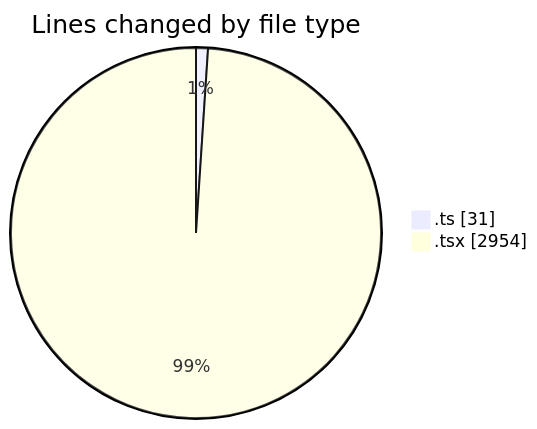
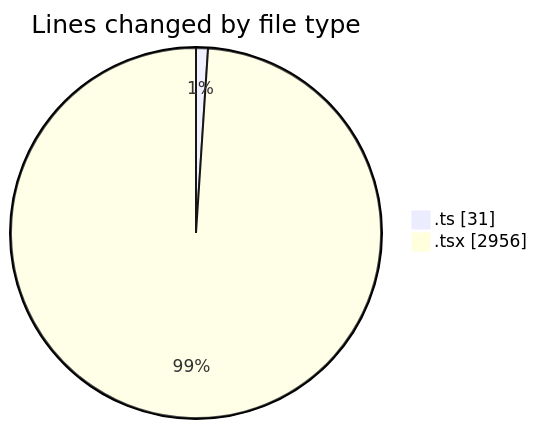
The first of 2 diagrams in 2026-04-24/nxtqube_webapp/README.md (nxtqubesakshisongat/code-tracking), drawn with Mermaid before and after one commit. The commit also changed other lines of this file and 1 other file, not shown here.

````diff
--- a/2026-04-24/nxtqube_webapp/README.md
+++ b/2026-04-24/nxtqube_webapp/README.md
@@ -24,6 +24,6 @@
 ```mermaid
 pie showData
 title Lines changed by file type
 ".ts" : 31
-".tsx" : 2954
+".tsx" : 2956
 ```
````
